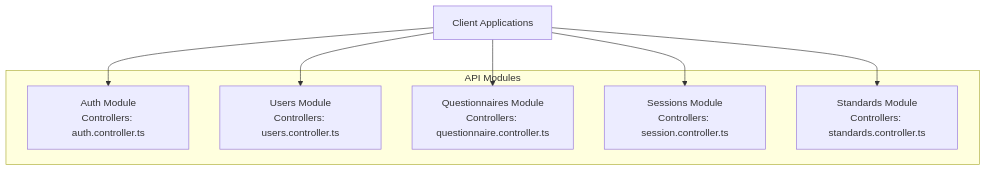
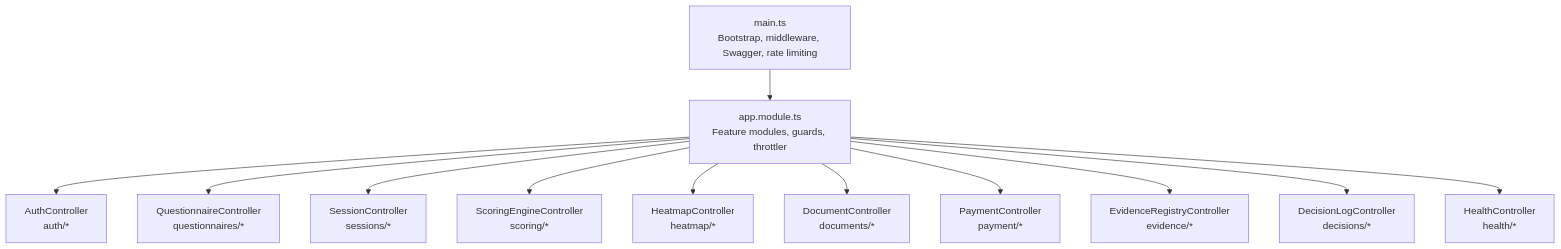
Before and after one commit to BAS-More/Quiz2Biz: the first of 3 diagrams in .qoder/repowiki/en/content/API Reference/API Reference.md, drawn with Mermaid. The commit also changed other lines of this file and 191 other files, not shown here.

````diff
--- a/.qoder/repowiki/en/content/API Reference/API Reference.md
+++ b/.qoder/repowiki/en/content/API Reference/API Reference.md
@@ -53,16 +37,14 @@
 ```mermaid
 graph TB
-subgraph "API Modules"
-AUTH["Auth Module<br/>Controllers: auth.controller.ts"]
-USERS["Users Module<br/>Controllers: users.controller.ts"]
-QUEST["Questionnaires Module<br/>Controllers: questionnaire.controller.ts"]
-SESSION["Sessions Module<br/>Controllers: session.controller.ts"]
-STAND["Standards Module<br/>Controllers: standards.controller.ts"]
-end
-CLIENT["Client Applications"]
-CLIENT --> AUTH
-CLIENT --> USERS
-CLIENT --> QUEST
-CLIENT --> SESSION
-CLIENT --> STAND
+A["main.ts<br/>Bootstrap, middleware, Swagger, rate limiting"] --> B["app.module.ts<br/>Feature modules, guards, throttler"]
+B --> C["AuthController<br/>auth/*"]
+B --> D["QuestionnaireController<br/>questionnaires/*"]
+B --> E["SessionController<br/>sessions/*"]
+B --> F["ScoringEngineController<br/>scoring/*"]
+B --> G["HeatmapController<br/>heatmap/*"]
+B --> H["DocumentController<br/>documents/*"]
+B --> I["PaymentController<br/>payment/*"]
+B --> J["EvidenceRegistryController<br/>evidence/*"]
+B --> K["DecisionLogController<br/>decisions/*"]
+B --> L["HealthController<br/>health/*"]
 ```
````
